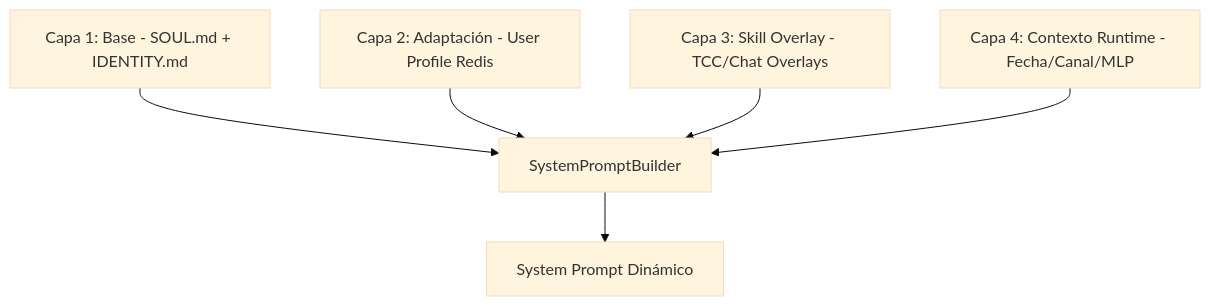
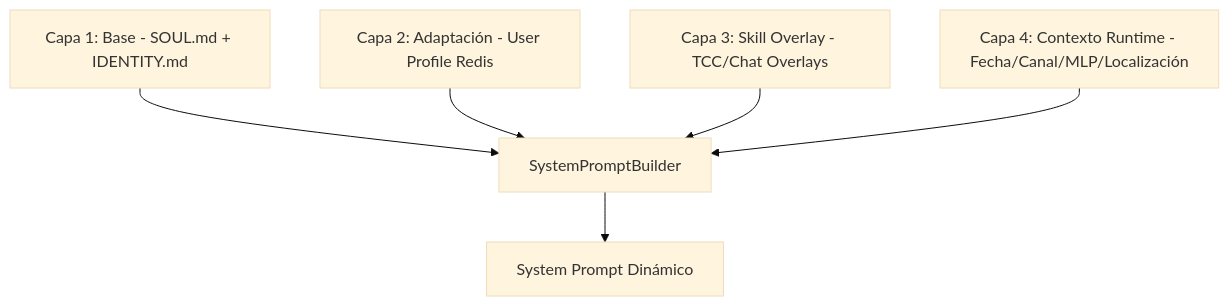
The fourth of 4 diagrams in docs/TECHNICAL_ARCHITECTURE.md (JhomC3/AEGEN), drawn with Mermaid (base theme) before and after one commit. The commit also changed other lines of this file and 6 other files, not shown here.

Commit message:
docs: update architecture, roadmap, and changelog for v0.2.1

````diff
--- a/docs/TECHNICAL_ARCHITECTURE.md
+++ b/docs/TECHNICAL_ARCHITECTURE.md
@@ -346,8 +346,8 @@
 ```mermaid
 graph TD
     A[Capa 1: Base - SOUL.md + IDENTITY.md] --> E[SystemPromptBuilder]
     B[Capa 2: Adaptación - User Profile Redis] --> E
     C[Capa 3: Skill Overlay - TCC/Chat Overlays] --> E
-    D[Capa 4: Contexto Runtime - Fecha/Canal/MLP] --> E
+    D[Capa 4: Contexto Runtime - Fecha/Canal/MLP/Localización] --> E
     E --> F[System Prompt Dinámico]
 ```
````
